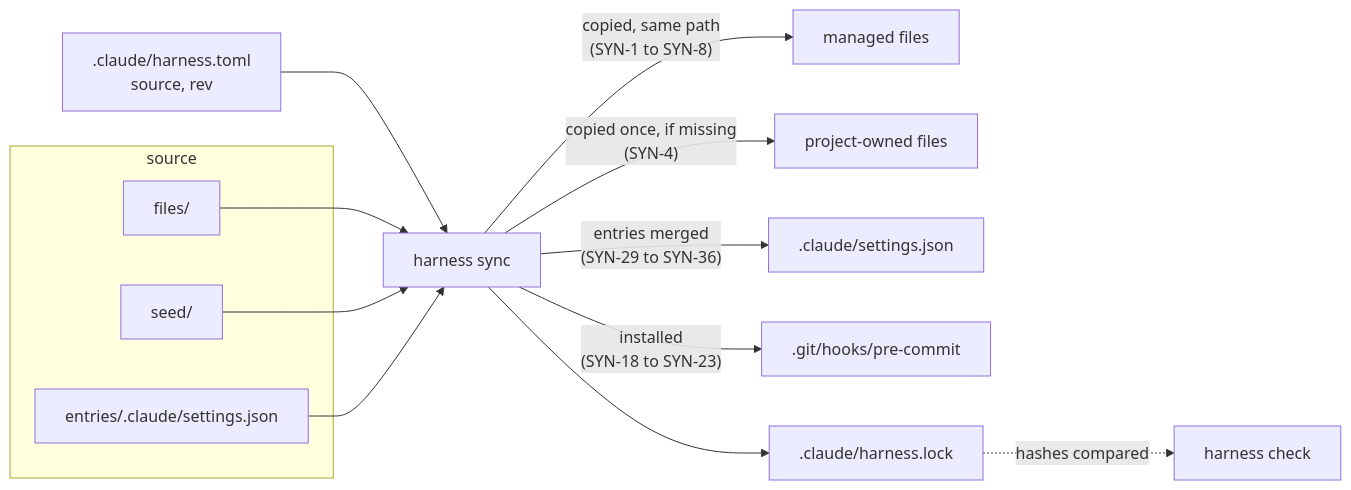
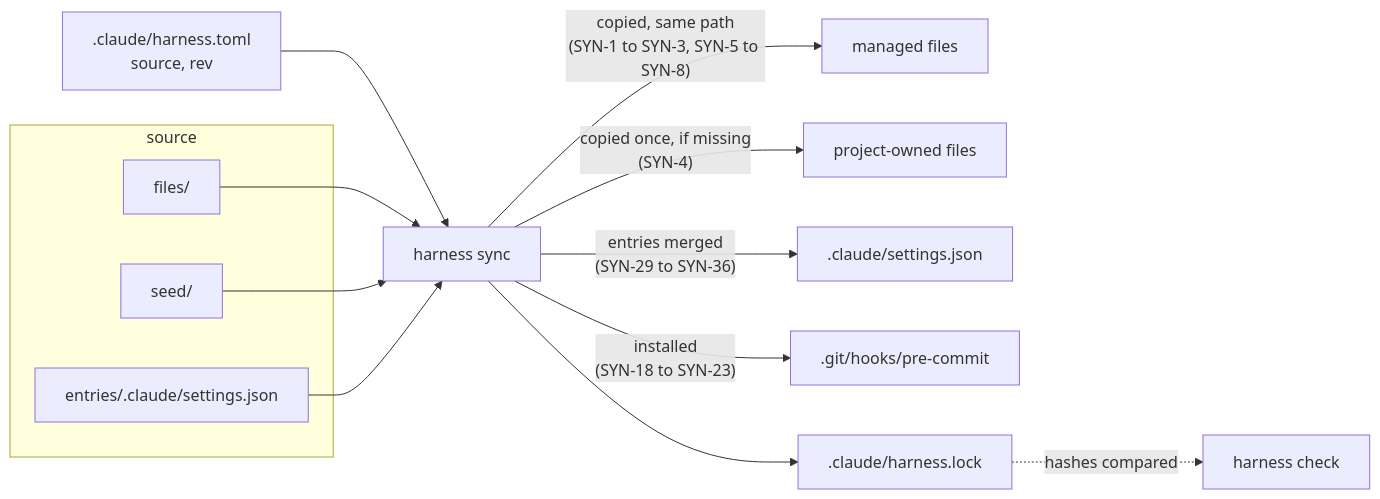
The first of 4 diagrams in docs/architecture.md (Electron-libre/agent-harness), drawn with Mermaid before and after one commit. The commit also changed other lines of this file and 4 other files, not shown here.

First line of the commit message:
docs: settle the review of the README and the diagrams

````diff
--- a/docs/architecture.md
+++ b/docs/architecture.md
@@ -9,18 +9,18 @@
 ```mermaid
 flowchart LR
   toml[".claude/harness.toml<br/>source, rev"] --> sync["harness sync"]
   subgraph source
     files["files/"]
     seed["seed/"]
     entries["entries/.claude/settings.json"]
   end
   files --> sync
   seed --> sync
   entries --> sync
-  sync -->|"copied, same path<br/>(SYN-1 to SYN-8)"| managed["managed files"]
+  sync -->|"copied, same path<br/>(SYN-1 to SYN-3, SYN-5 to SYN-8)"| managed["managed files"]
   sync -->|"copied once, if missing<br/>(SYN-4)"| owned["project-owned files"]
   sync -->|"entries merged<br/>(SYN-29 to SYN-36)"| settings[".claude/settings.json"]
   sync -->|"installed<br/>(SYN-18 to SYN-23)"| gate[".git/hooks/pre-commit"]
   sync --> lock[".claude/harness.lock"]
   lock -.->|hashes compared| check["harness check"]
 ```
````
